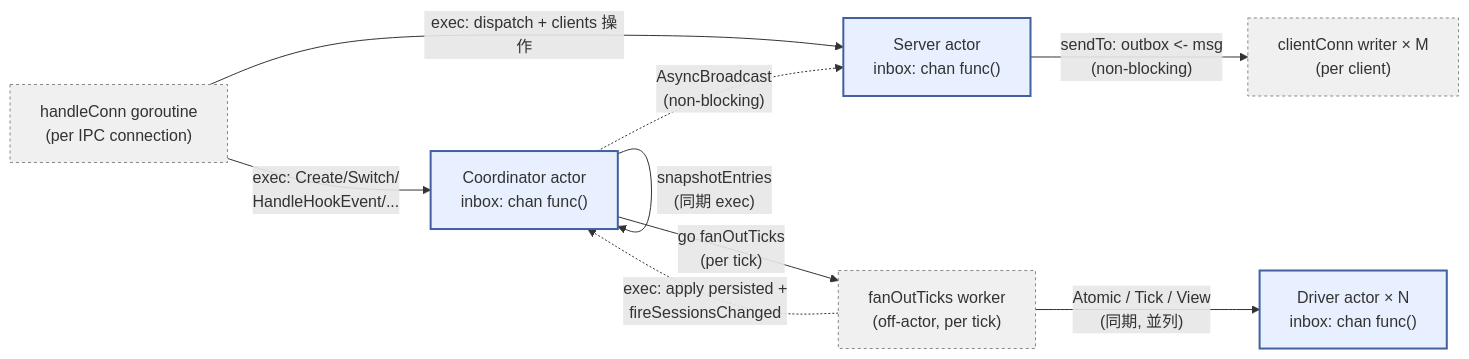
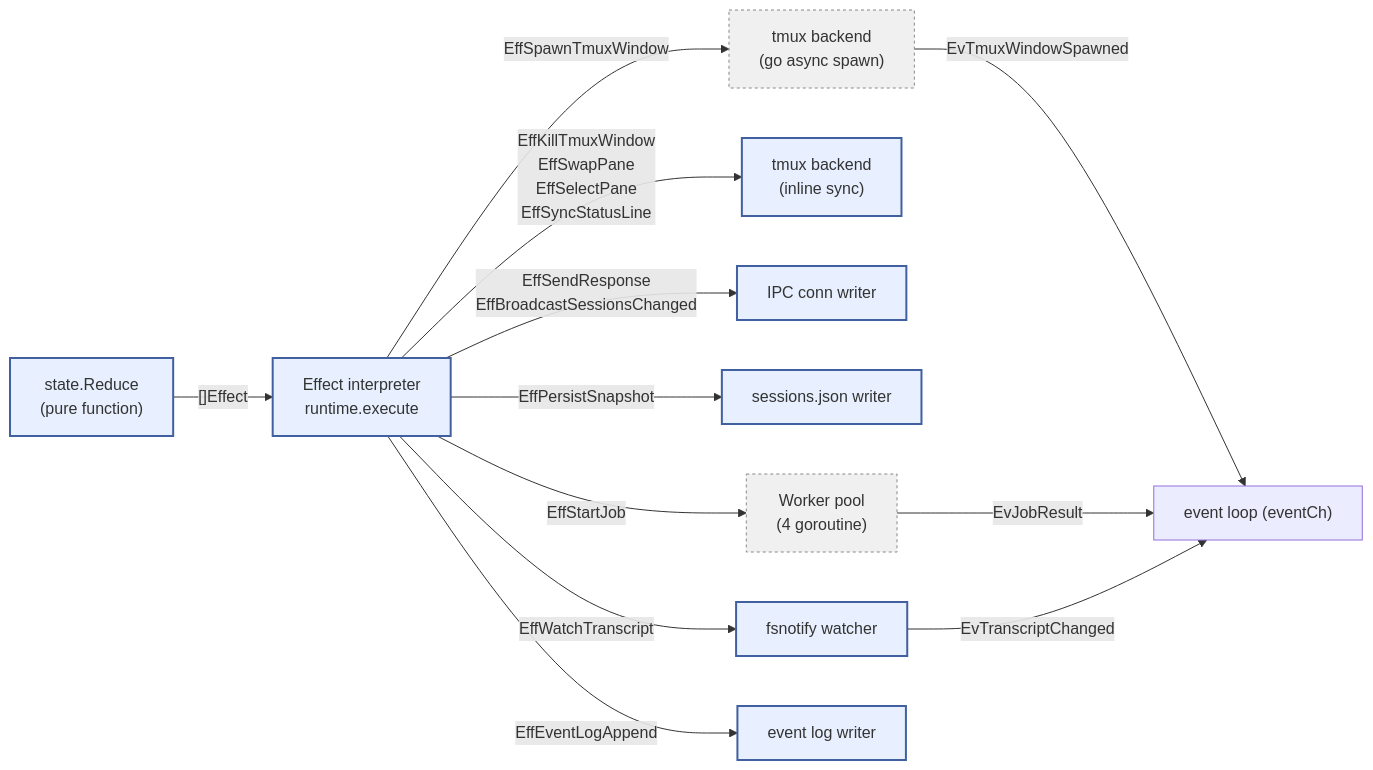
Before and after one commit to takezoh/agent-roost: the fourth of 12 diagrams in ARCHITECTURE.md, drawn with Mermaid. The commit also changed other lines of this file, not shown here.

First line of the commit message:
Rewrite ARCHITECTURE.md for FCIS architecture

````diff
--- a/ARCHITECTURE.md
+++ b/ARCHITECTURE.md
@@ -482,21 +467,22 @@
 ```mermaid
 flowchart LR
-    classDef actor fill:#e8f0ff,stroke:#4060a0,stroke-width:2px
-    classDef worker fill:#f0f0f0,stroke:#888,stroke-dasharray:3 3
+    classDef sync fill:#e8f0ff,stroke:#4060a0,stroke-width:2px
+    classDef async fill:#f0f0f0,stroke:#888,stroke-dasharray:3 3
 
-    handleConn["handleConn goroutine<br/>(per IPC connection)"]:::worker
-    Server["Server actor<br/>inbox: chan func()"]:::actor
-    Coord["Coordinator actor<br/>inbox: chan func()"]:::actor
-    FanOut["fanOutTicks worker<br/>(off-actor, per tick)"]:::worker
-    Drv["Driver actor × N<br/>inbox: chan func()"]:::actor
-    Writer["clientConn writer × M<br/>(per client)"]:::worker
+    Reduce["state.Reduce<br/>(pure function)"]:::sync
+    Interp["Effect interpreter<br/>runtime.execute"]:::sync
 
-    handleConn -->|"exec: dispatch + clients 操作"| Server
-    handleConn -->|"exec: Create/Switch/<br/>HandleHookEvent/..."| Coord
-    Coord -.->|"AsyncBroadcast<br/>(non-blocking)"| Server
-    Coord -->|"snapshotEntries<br/>(同期 exec)"| Coord
-    Coord -->|"go fanOutTicks<br/>(per tick)"| FanOut
-    FanOut -->|"Atomic / Tick / View<br/>(同期, 並列)"| Drv
-    FanOut -.->|"exec: apply persisted +<br/>fireSessionsChanged"| Coord
-    Server -->|"sendTo: outbox <- msg<br/>(non-blocking)"| Writer
+    Reduce -->|"[]Effect"| Interp
+
+    Interp -->|EffSpawnTmuxWindow| Tmux["tmux backend<br/>(go async spawn)"]:::async
+    Interp -->|EffKillTmuxWindow<br/>EffSwapPane<br/>EffSelectPane<br/>EffSyncStatusLine| TmuxSync["tmux backend<br/>(inline sync)"]:::sync
+    Interp -->|EffSendResponse<br/>EffBroadcastSessionsChanged| IPC["IPC conn writer"]:::sync
+    Interp -->|EffPersistSnapshot| Persist["sessions.json writer"]:::sync
+    Interp -->|EffStartJob| Pool["Worker pool<br/>(4 goroutine)"]:::async
+    Interp -->|EffWatchTranscript| Watcher["fsnotify watcher"]:::sync
+    Interp -->|EffEventLogAppend| EventLog["event log writer"]:::sync
+
+    Tmux -->|EvTmuxWindowSpawned| EL["event loop (eventCh)"]
+    Pool -->|EvJobResult| EL
+    Watcher -->|EvTranscriptChanged| EL
 ```
````
